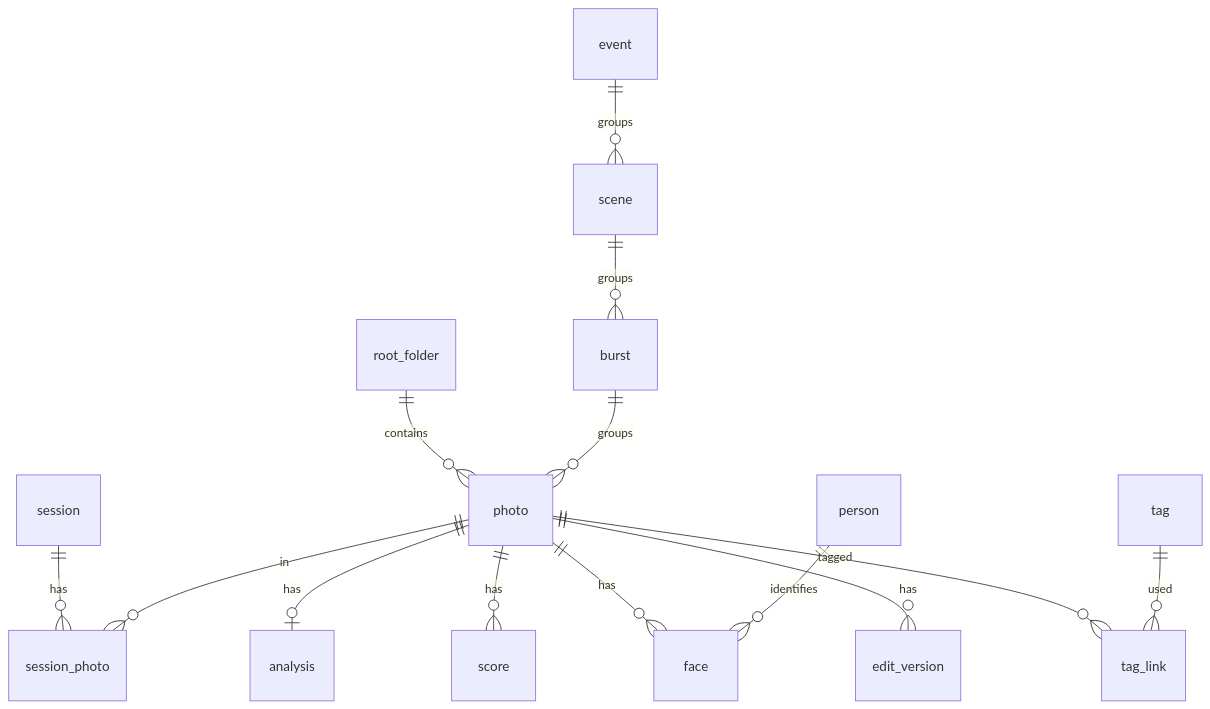
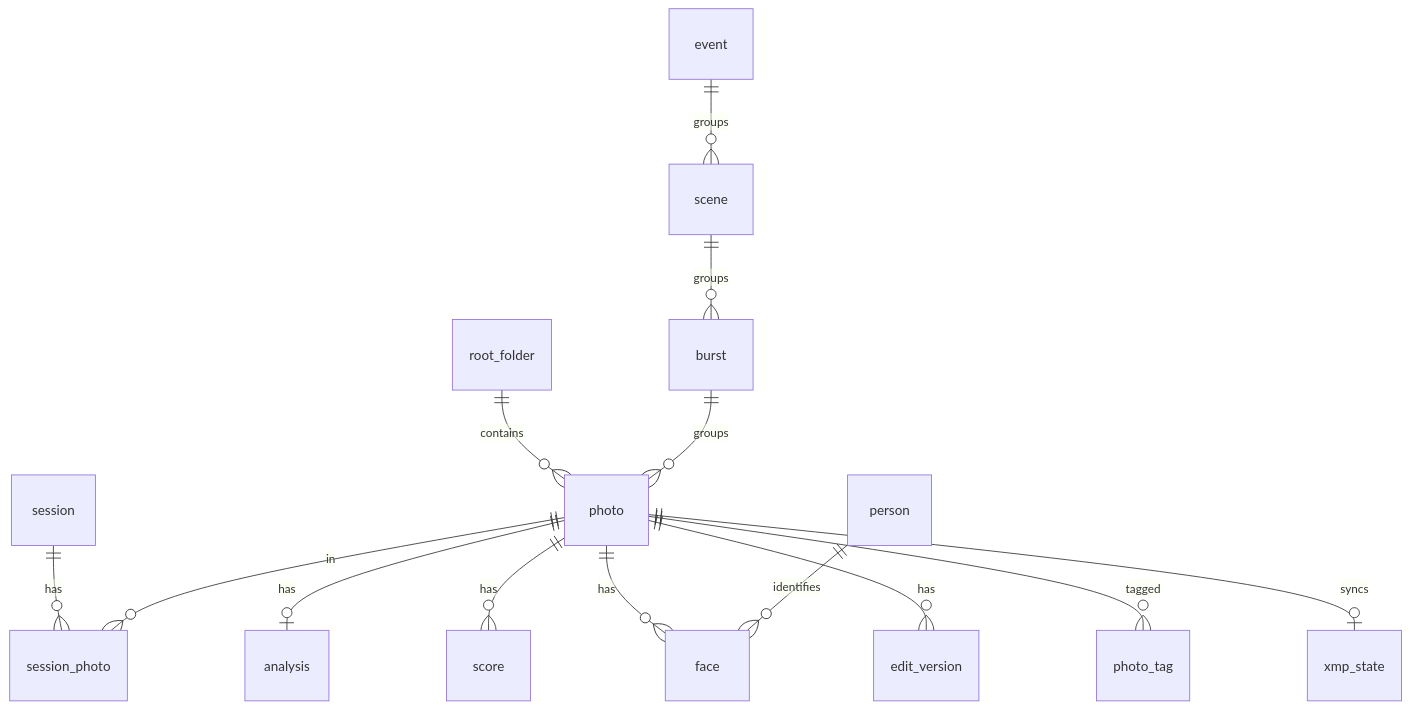
One commit to harveyxiacn/imagePicker changed the diagram in docs/05-数据与接口设计.md. Above: the diagram before and after it, drawn with Mermaid. The commit also changed other lines of this file and 12 other files, not shown here.

````diff
--- a/docs/05-数据与接口设计.md
+++ b/docs/05-数据与接口设计.md
@@ -11,16 +13,16 @@
 ```mermaid
 erDiagram
     root_folder ||--o{ photo : contains
     session ||--o{ session_photo : has
     photo ||--o{ session_photo : in
     photo ||--o| analysis : has
     photo ||--o{ score : has
     photo ||--o{ face : has
     person ||--o{ face : identifies
     burst ||--o{ photo : groups
     scene ||--o{ burst : groups
     event ||--o{ scene : groups
     photo ||--o{ edit_version : has
-    photo ||--o{ tag_link : tagged
-    tag ||--o{ tag_link : used
+    photo ||--o{ photo_tag : tagged
+    photo ||--o| xmp_state : syncs
 ```
````
